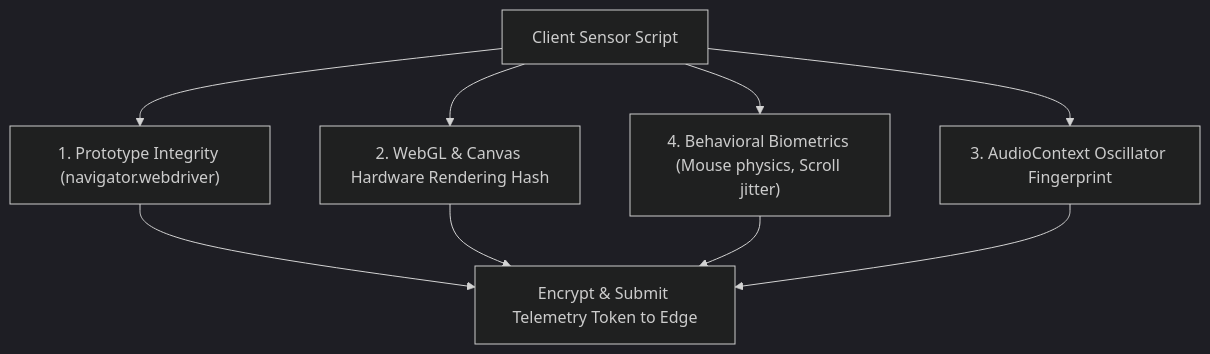
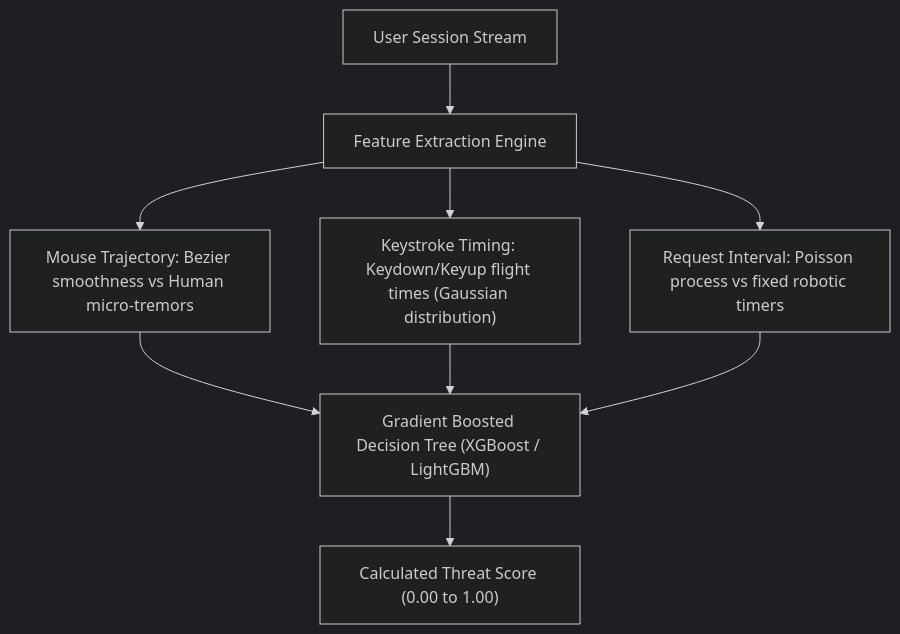
Before and after one commit to naimurhasan/naimurhasan.github.io: the third of 3 diagrams in _posts/2026-10-19-how-modern-bot-detection-systems-actually-work.md, drawn with Mermaid (dark theme). The commit also changed other lines of this file and 23 other files, not shown here.

````diff
--- a/_posts/2026-10-19-how-modern-bot-detection-systems-actually-work.md
+++ b/_posts/2026-10-19-how-modern-bot-detection-systems-actually-work.md
@@ -194,9 +92,9 @@
 ```mermaid
 flowchart TD
-  Sensor["Client Sensor Script"] --> DOM["1. Prototype Integrity (navigator.webdriver)"]
-  Sensor --> GPU["2. WebGL & Canvas Hardware Rendering Hash"]
-  Sensor --> Audio["3. AudioContext Oscillator Fingerprint"]
-  Sensor --> Bio["4. Behavioral Biometrics (Mouse physics, Scroll jitter)"]
-  
-  DOM & GPU & Bio & Audio --> Payload["Encrypt & Submit Telemetry Token to Edge"]
+  Session["User Session Stream"] --> Feats["Feature Extraction Engine"]
+  Feats --> F1["Mouse Trajectory: Bezier smoothness vs Human micro-tremors"]
+  Feats --> F2["Keystroke Timing: Keydown/Keyup flight times (Gaussian distribution)"]
+  Feats --> F3["Request Interval: Poisson process vs fixed robotic timers"]
+  F1 & F2 & F3 --> Model["Gradient Boosted Decision Tree (XGBoost / LightGBM)"]
+  Model --> Score["Calculated Threat Score (0.00 to 1.00)"]
 ```
````
